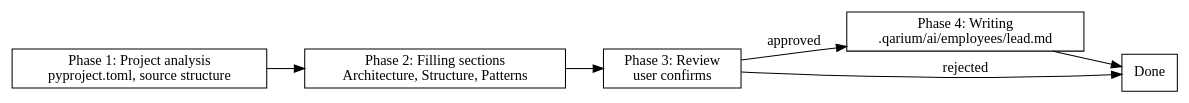
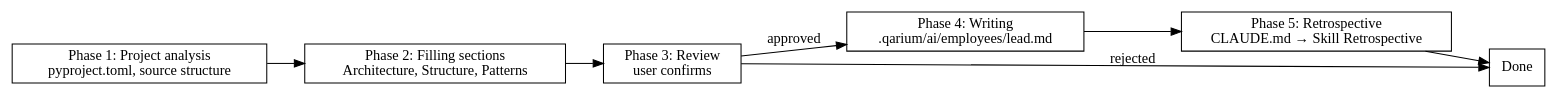
One commit to qarium/ai-python changed the diagram in skills/employees-lead-onboarding/SKILL.md. Above: the diagram before and after it, drawn with Graphviz. The commit also changed other lines of this file and 8 other files, not shown here.

````diff
--- a/skills/employees-lead-onboarding/SKILL.md
+++ b/skills/employees-lead-onboarding/SKILL.md
@@ -22,16 +22,18 @@
 ```dot
 digraph flow {
     rankdir=LR;
     analyze [label="Phase 1: Project analysis\npyproject.toml, source structure" shape=box];
     fill [label="Phase 2: Filling sections\nArchitecture, Structure, Patterns" shape=box];
     review [label="Phase 3: Review\nuser confirms" shape=box];
     write [label="Phase 4: Writing\n.qarium/ai/employees/lead.md" shape=box];
+    retro [label="Phase 5: Retrospective\nCLAUDE.md → Skill Retrospective" shape=box];
     done [label="Done" shape=box];
 
     analyze -> fill;
     fill -> review;
     review -> write [label="approved"];
     review -> done [label="rejected"];
-    write -> done;
+    write -> retro;
+    retro -> done;
 }
 ```
````
